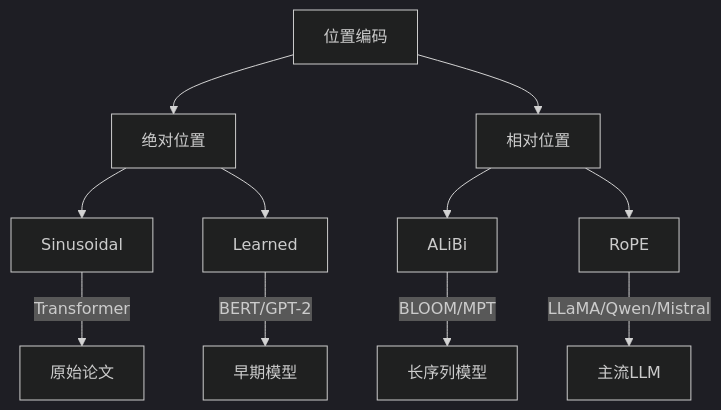
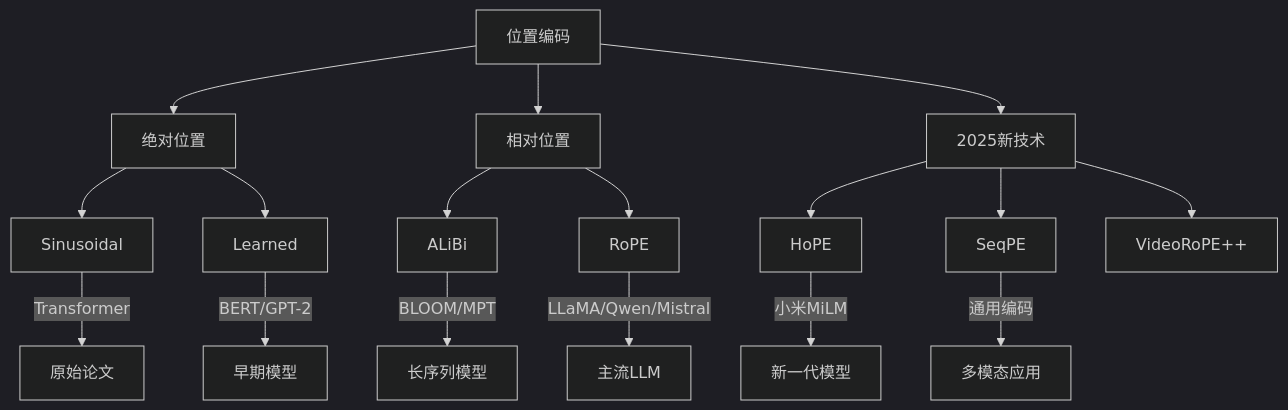
One commit to Xunzhuo/mini-sglang changed diagram 14 of 15 in learning/website/docs/basics/04-positional-encoding.md. Above: the diagram before and after it, drawn with Mermaid (dark theme). The commit also changed other lines of this file and 7 other files, not shown here.

````diff
--- a/learning/website/docs/basics/04-positional-encoding.md
+++ b/learning/website/docs/basics/04-positional-encoding.md
@@ -302,16 +362,23 @@
 ```mermaid
 graph TB
     PE[位置编码] --> ABS[绝对位置]
     PE --> REL[相对位置]
+    PE --> NEW[2025新技术]
     
     ABS --> SIN[Sinusoidal]
     ABS --> LEA[Learned]
     
     REL --> ALI[ALiBi]
     REL --> ROP[RoPE]
     
+    NEW --> HOP[HoPE]
+    NEW --> SEQ[SeqPE]
+    NEW --> VID[VideoRoPE++]
+    
     SIN --> |Transformer| M1[原始论文]
     LEA --> |BERT/GPT-2| M2[早期模型]
     ALI --> |BLOOM/MPT| M3[长序列模型]
     ROP --> |LLaMA/Qwen/Mistral| M4[主流LLM]
+    HOP --> |小米MiLM| M5[新一代模型]
+    SEQ --> |通用编码| M6[多模态应用]
 ```
````
